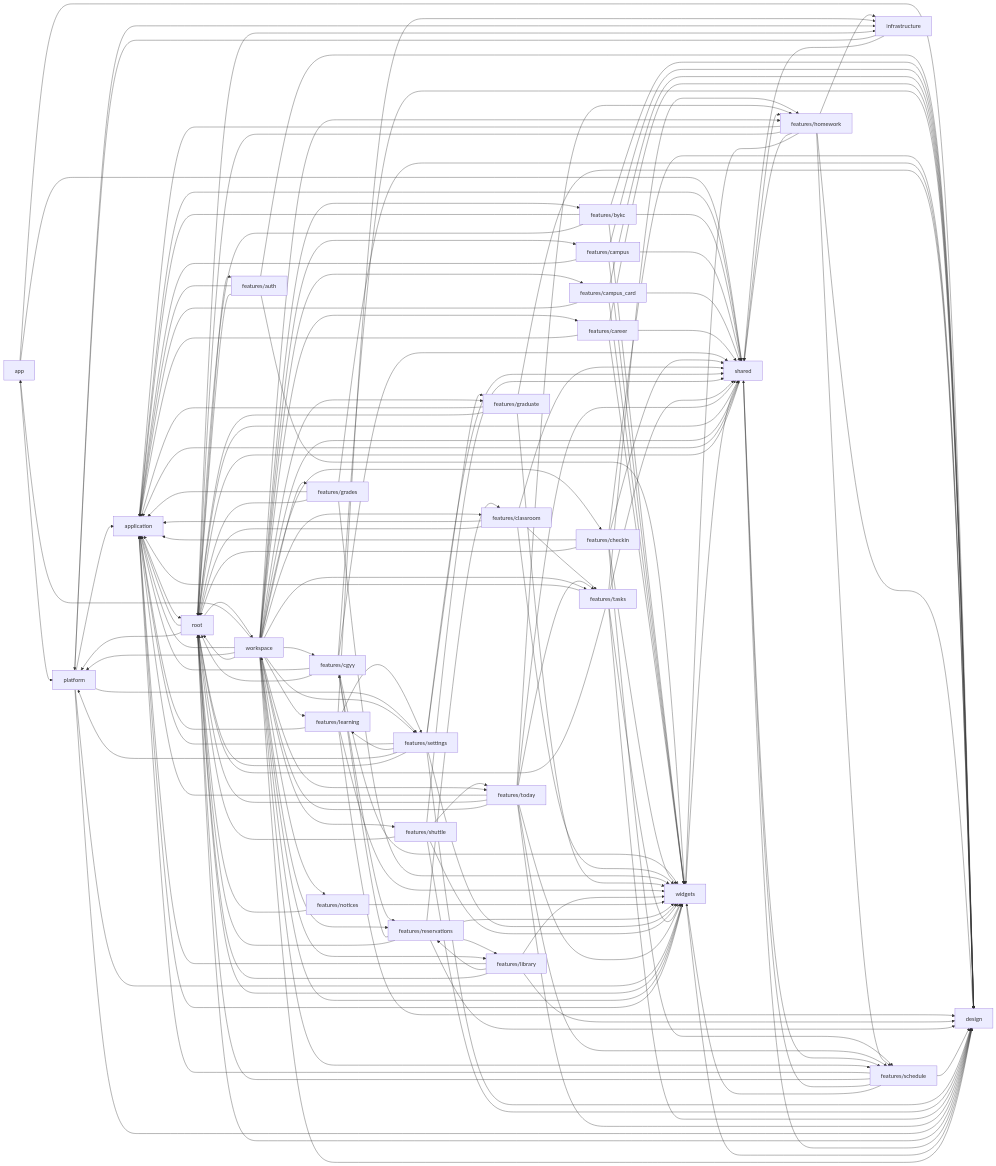
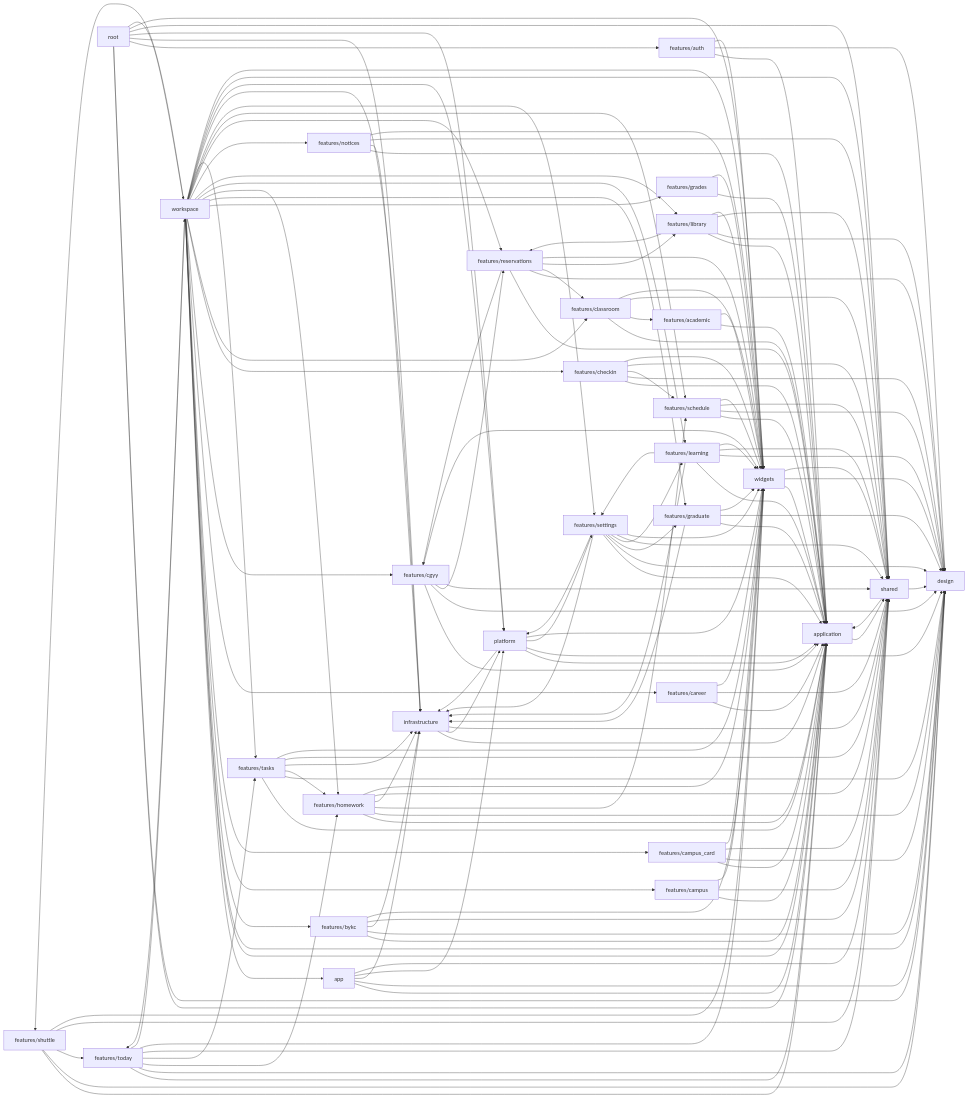
Before and after one commit to JUANWANG-BUAA/ginkgo: the first of 5 diagrams in docs/interfaces/DEPENDENCY-GRAPH.md, drawn with Mermaid. The commit also changed other lines of this file and 316 other files, not shown here.

````diff
--- a/docs/interfaces/DEPENDENCY-GRAPH.md
+++ b/docs/interfaces/DEPENDENCY-GRAPH.md
@@ -13,6 +13,7 @@
   n_app["app"]
   n_application["application"]
   n_design["design"]
+  n_features_academic["features/academic"]
   n_features_auth["features/auth"]
   n_features_bykc["features/bykc"]
   n_features_campus["features/campus"]
@@ -39,22 +40,23 @@
   n_shared["shared"]
   n_widgets["widgets"]
   n_workspace["workspace"]
+  n_app --> n_application
   n_app --> n_design
+  n_app --> n_infrastructure
   n_app --> n_platform
   n_app --> n_shared
-  n_application --> n_root
   n_application --> n_shared
+  n_features_academic --> n_application
+  n_features_academic --> n_widgets
   n_features_auth --> n_application
   n_features_auth --> n_design
-  n_features_auth --> n_root
   n_features_auth --> n_widgets
   n_features_bykc --> n_application
   n_features_bykc --> n_design
-  n_features_bykc --> n_root
+  n_features_bykc --> n_infrastructure
   n_features_bykc --> n_shared
   n_features_bykc --> n_widgets
   n_features_campus --> n_application
-  n_features_campus --> n_design
   n_features_campus --> n_shared
   n_features_campus --> n_widgets
   n_features_campus_card --> n_application
@@ -62,92 +64,86 @@
   n_features_campus_card --> n_shared
   n_features_campus_card --> n_widgets
   n_features_career --> n_application
-  n_features_career --> n_design
   n_features_career --> n_shared
   n_features_career --> n_widgets
   n_features_cgyy --> n_application
   n_features_cgyy --> n_design
   n_features_cgyy --> n_features_reservations
-  n_features_cgyy --> n_root
   n_features_cgyy --> n_shared
   n_features_cgyy --> n_widgets
   n_features_checkin --> n_application
   n_features_checkin --> n_design
   n_features_checkin --> n_features_schedule
-  n_features_checkin --> n_root
   n_features_checkin --> n_shared
   n_features_checkin --> n_widgets
   n_features_classroom --> n_application
-  n_features_classroom --> n_features_tasks
-  n_features_classroom --> n_root
+  n_features_classroom --> n_features_academic
   n_features_classroom --> n_shared
   n_features_classroom --> n_widgets
   n_features_grades --> n_application
-  n_features_grades --> n_design
-  n_features_grades --> n_root
   n_features_grades --> n_widgets
   n_features_graduate --> n_application
   n_features_graduate --> n_design
-  n_features_graduate --> n_root
+  n_features_graduate --> n_infrastructure
   n_features_graduate --> n_widgets
   n_features_homework --> n_application
   n_features_homework --> n_design
   n_features_homework --> n_features_schedule
   n_features_homework --> n_infrastructure
-  n_features_homework --> n_root
   n_features_homework --> n_shared
   n_features_homework --> n_widgets
   n_features_learning --> n_application
   n_features_learning --> n_design
   n_features_learning --> n_features_settings
   n_features_learning --> n_infrastructure
+  n_features_learning --> n_shared
   n_features_learning --> n_widgets
   n_features_library --> n_application
   n_features_library --> n_design
   n_features_library --> n_features_reservations
-  n_features_library --> n_root
+  n_features_library --> n_shared
   n_features_library --> n_widgets
-  n_features_notices --> n_root
+  n_features_notices --> n_application
+  n_features_notices --> n_infrastructure
+  n_features_notices --> n_shared
   n_features_notices --> n_widgets
+  n_features_reservations --> n_application
   n_features_reservations --> n_design
   n_features_reservations --> n_features_cgyy
   n_features_reservations --> n_features_classroom
   n_features_reservations --> n_features_library
-  n_features_reservations --> n_root
   n_features_reservations --> n_widgets
   n_features_schedule --> n_application
   n_features_schedule --> n_design
-  n_features_schedule --> n_root
   n_features_schedule --> n_shared
   n_features_schedule --> n_widgets
   n_features_settings --> n_application
   n_features_settings --> n_design
   n_features_settings --> n_features_graduate
   n_features_settings --> n_features_learning
+  n_features_settings --> n_infrastructure
   n_features_settings --> n_platform
-  n_features_settings --> n_root
   n_features_settings --> n_shared
   n_features_settings --> n_widgets
+  n_features_shuttle --> n_application
   n_features_shuttle --> n_design
   n_features_shuttle --> n_features_today
-  n_features_shuttle --> n_root
   n_features_shuttle --> n_shared
   n_features_shuttle --> n_widgets
   n_features_tasks --> n_application
   n_features_tasks --> n_design
   n_features_tasks --> n_features_homework
-  n_features_tasks --> n_root
+  n_features_tasks --> n_infrastructure
   n_features_tasks --> n_shared
   n_features_tasks --> n_widgets
   n_features_today --> n_application
   n_features_today --> n_design
   n_features_today --> n_features_homework
-  n_features_today --> n_features_schedule
   n_features_today --> n_features_tasks
-  n_features_today --> n_root
   n_features_today --> n_shared
   n_features_today --> n_widgets
   n_features_today --> n_workspace
+  n_infrastructure --> n_application
   n_infrastructure --> n_platform
   n_infrastructure --> n_shared
   n_platform --> n_application
@@ -165,9 +161,6 @@
   n_root --> n_workspace
   n_shared --> n_application
   n_shared --> n_design
-  n_shared --> n_features_homework
-  n_shared --> n_features_schedule
-  n_shared --> n_root
   n_widgets --> n_application
   n_widgets --> n_design
   n_widgets --> n_shared
@@ -193,8 +186,8 @@
   n_workspace --> n_features_shuttle
   n_workspace --> n_features_tasks
   n_workspace --> n_features_today
+  n_workspace --> n_infrastructure
   n_workspace --> n_platform
-  n_workspace --> n_root
   n_workspace --> n_shared
   n_workspace --> n_widgets
 ```
````
